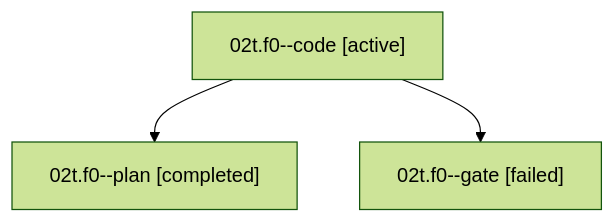
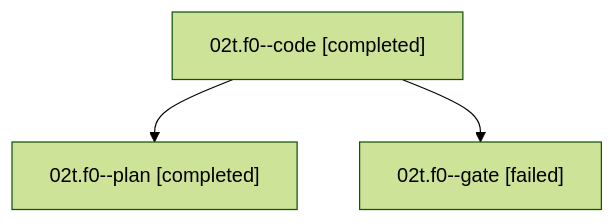
Before and after one commit to bobs-org/bob-cli--agents: the diagram in sessions/bbugyi200.athena.02t.f0.md, drawn with Mermaid (forest theme). The commit also changed other lines of this file and 10 other files, not shown here.

````diff
--- a/sessions/bbugyi200.athena.02t.f0.md
+++ b/sessions/bbugyi200.athena.02t.f0.md
@@ -9,8 +9,8 @@
 ```mermaid
 flowchart TD
-  n0["02t.f0--code [active]"]
+  n0["02t.f0--code [completed]"]
   n1["02t.f0--plan [completed]"]
   n0 --> n1
   n2["02t.f0--gate [failed]"]
   n0 --> n2
 ```
````
